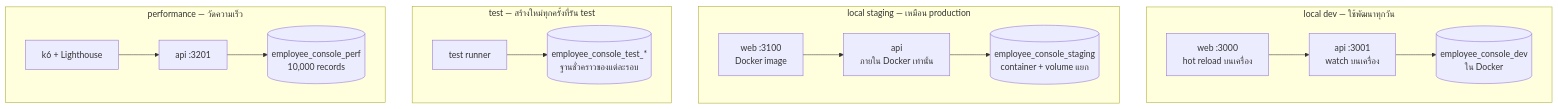
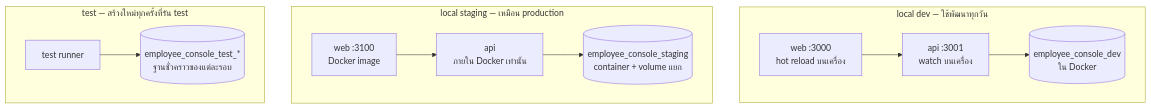
The third of 3 diagrams in docs/learn/01-big-picture.md (sittipong-hemloun/helius-tech-test), drawn with Mermaid before and after one commit. The commit also changed other lines of this file and 82 other files, not shown here.

First line of the commit message:
refactor: drop Login/AI reports/performance scope, polish employee console

````diff
--- a/docs/learn/01-big-picture.md
+++ b/docs/learn/01-big-picture.md
@@ -175,19 +175,15 @@
 ```mermaid
 flowchart TB
     subgraph DEV["local dev — ใช้พัฒนาทุกวัน"]
         direction LR
         dw["web :3000<br/>hot reload บนเครื่อง"] --> da["api :3001<br/>watch บนเครื่อง"] --> dd[("employee_console_dev<br/>ใน Docker")]
     end
     subgraph STG["local staging — เหมือน production"]
         direction LR
         sw["web :3100<br/>Docker image"] --> sa["api<br/>ภายใน Docker เท่านั้น"] --> sd[("employee_console_staging<br/>container + volume แยก")]
     end
     subgraph TEST["test — สร้างใหม่ทุกครั้งที่รัน test"]
         direction LR
         tr["test runner"] --> td[("employee_console_test_*<br/>ฐานชั่วคราวของแต่ละรอบ")]
     end
-    subgraph PERF["performance — วัดความเร็ว"]
-        direction LR
-        pk["k6 + Lighthouse"] --> pa["api :3201"] --> pd[("employee_console_perf<br/>10,000 records")]
-    end
 ```
````
